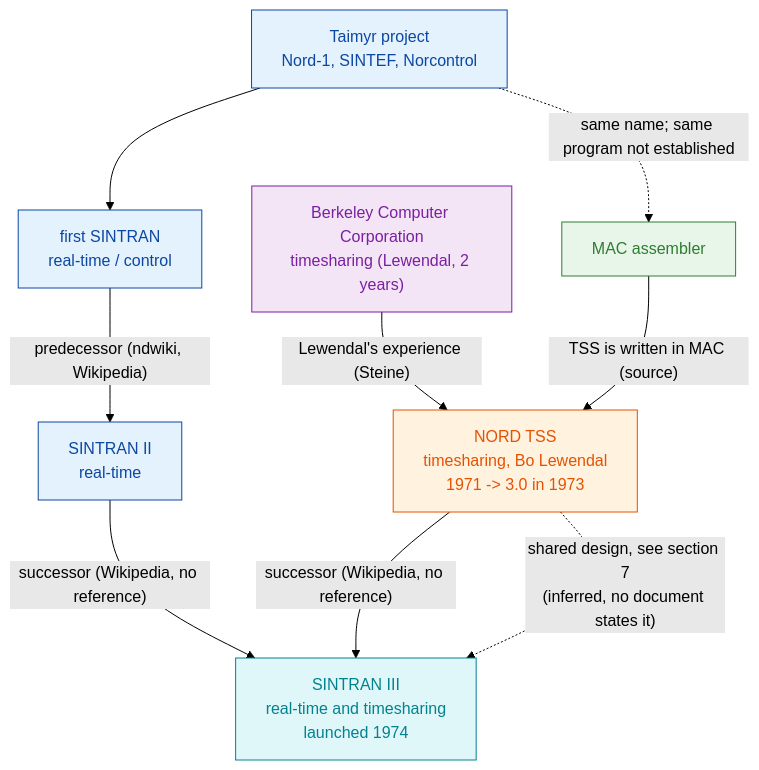
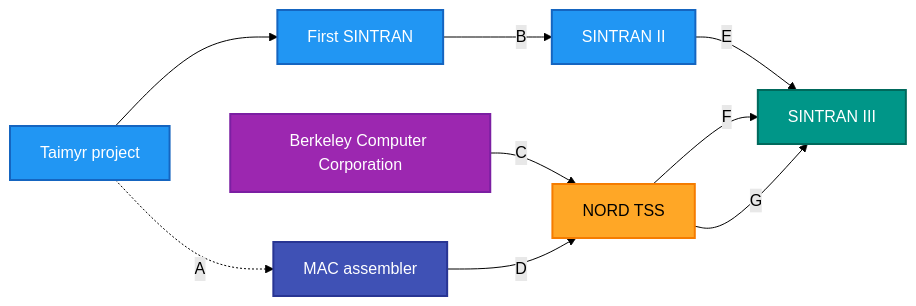
One commit to RetroCoreLabs/TSS changed the second of 2 diagrams in docs/TSS-AND-SINTRAN.md. Above: the diagram before and after it, drawn with Mermaid (forest theme). The commit also changed other lines of this file and 2 other files, not shown here.

````diff
--- a/docs/TSS-AND-SINTRAN.md
+++ b/docs/TSS-AND-SINTRAN.md
@@ -148,30 +323,30 @@
 ```mermaid
-flowchart TB
-    TAI["Taimyr project<br/>Nord-1, SINTEF, Norcontrol"]
-    S1["first SINTRAN<br/>real-time / control"]
-    S2["SINTRAN II<br/>real-time"]
-    BCC["Berkeley Computer Corporation<br/>timesharing (Lewendal, 2 years)"]
-    TSS["NORD TSS<br/>timesharing, Bo Lewendal<br/>1971 -> 3.0 in 1973"]
-    S3["SINTRAN III<br/>real-time and timesharing<br/>launched 1974"]
+flowchart LR
+    TAI["Taimyr project"]
+    S1["First SINTRAN"]
+    S2["SINTRAN II"]
+    BCC["Berkeley Computer Corporation"]
     MAC["MAC assembler"]
+    TSS["NORD TSS"]
+    S3["SINTRAN III"]
 
     TAI --> S1
-    TAI -.->|"same name; same program not established"| MAC
-    S1 -->|"predecessor (ndwiki, Wikipedia)"| S2
-    BCC -->|"Lewendal's experience (Steine)"| TSS
-    MAC -->|"TSS is written in MAC (source)"| TSS
-    S2 -->|"successor (Wikipedia, no reference)"| S3
-    TSS -->|"successor (Wikipedia, no reference)"| S3
-    TSS -.->|"shared design, see section 7<br/>(inferred, no document states it)"| S3
+    TAI -.->|"A"| MAC
+    S1 -->|"B"| S2
+    BCC -->|"C"| TSS
+    MAC -->|"D"| TSS
+    S2 -->|"E"| S3
+    TSS -->|"F"| S3
+    TSS -->|"G"| S3
 
-    classDef sintran fill:#E3F2FD,stroke:#0D47A1,color:#0D47A1
-    classDef tss fill:#FFF3E0,stroke:#E65100,color:#E65100
-    classDef s3 fill:#E0F7FA,stroke:#00838F,color:#00838F
-    classDef ext fill:#F3E5F5,stroke:#7B1FA2,color:#7B1FA2
-    classDef tool fill:#E8F5E9,stroke:#2E7D32,color:#2E7D32
+    classDef sintran fill:#2196F3,stroke:#1565C0,stroke-width:2px,color:#fff
+    classDef tss fill:#FFA726,stroke:#F57C00,stroke-width:2px,color:#000
+    classDef s3 fill:#009688,stroke:#00695C,stroke-width:2px,color:#fff
+    classDef ext fill:#9C27B0,stroke:#7B1FA2,stroke-width:2px,color:#fff
+    classDef tool fill:#3F51B5,stroke:#283593,stroke-width:2px,color:#fff
     class TAI,S1,S2 sintran
     class TSS tss
     class S3 s3
     class BCC ext
     class MAC tool
 ```
````
